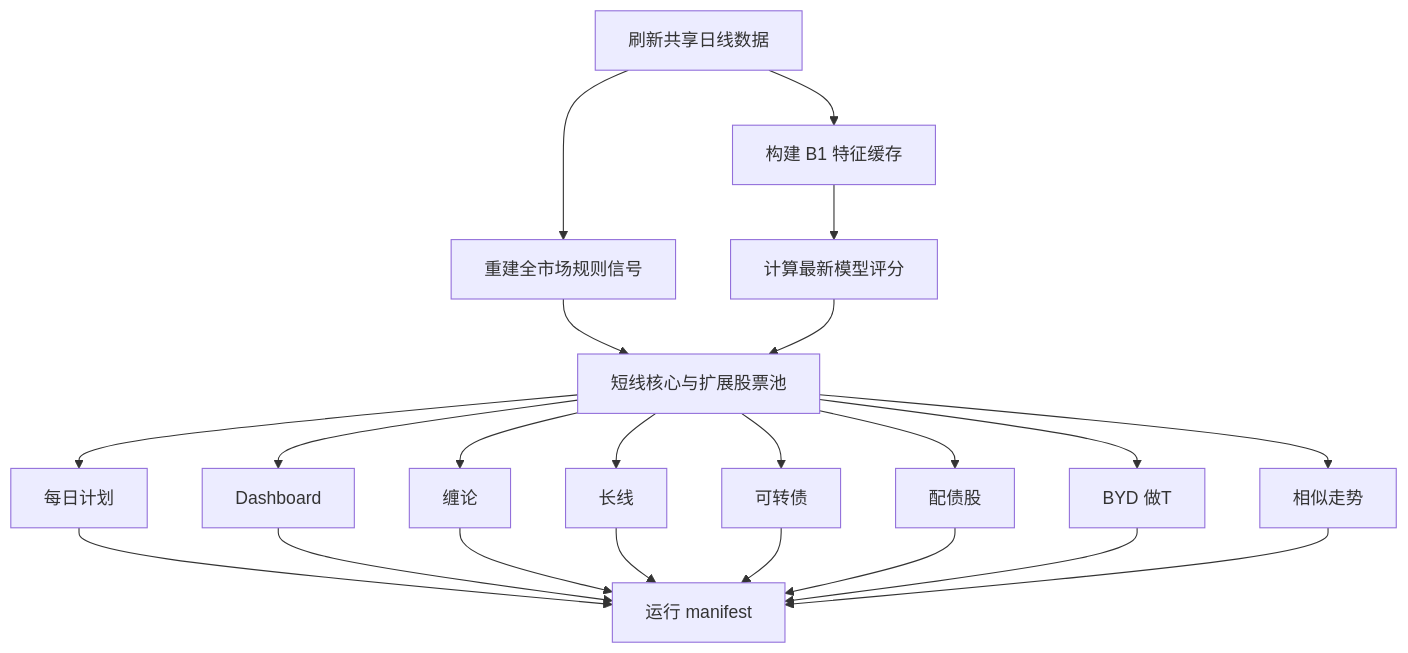
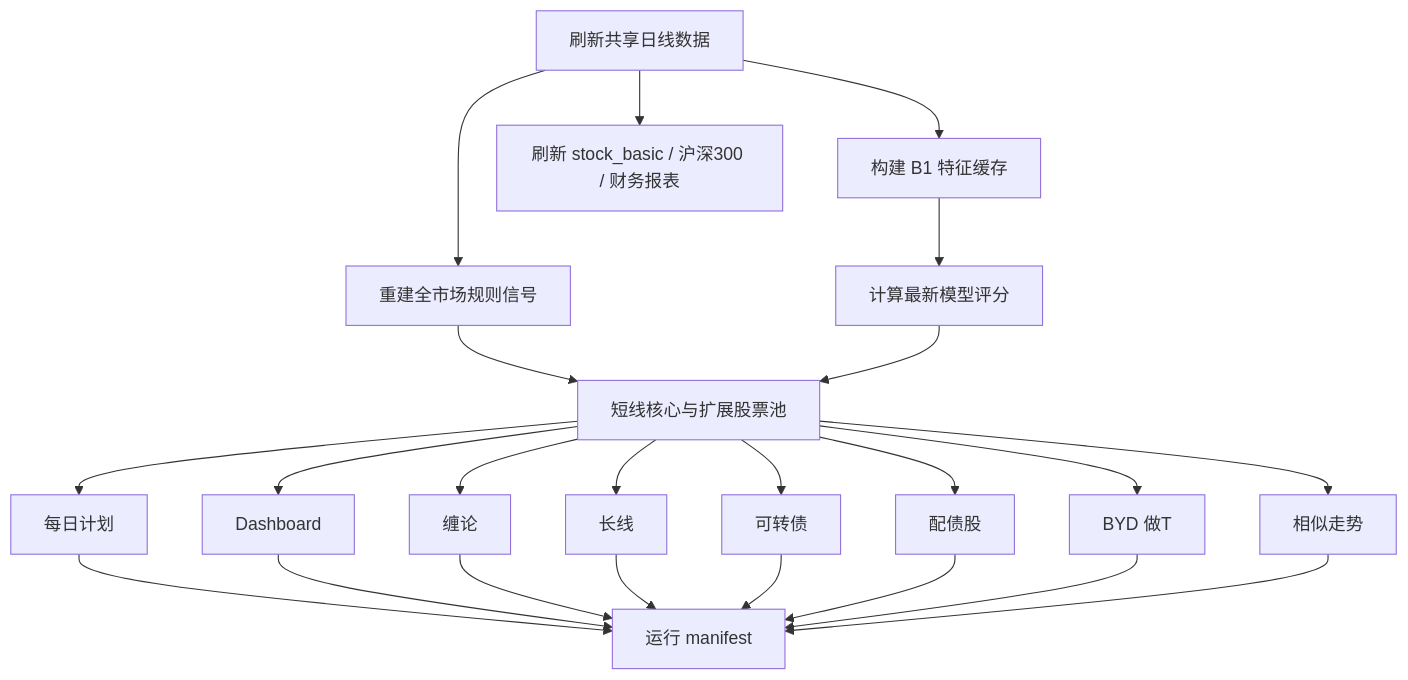
One commit to pDeathlok/quant changed the second of 2 diagrams in docs/architecture.md. Above: the diagram before and after it, drawn with Mermaid. The commit also changed other lines of this file and 46 other files, not shown here.

````diff
--- a/docs/architecture.md
+++ b/docs/architecture.md
@@ -38,24 +38,25 @@
 ```mermaid
 flowchart TD
     A[刷新共享日线数据] --> B1[构建 B1 特征缓存]
+    A --> R[刷新 stock_basic / 沪深300 / 财务报表]
     A --> B2[重建全市场规则信号]
     B1 --> C[计算最新模型评分]
     B2 --> D[短线核心与扩展股票池]
     C --> D
     D --> E1[每日计划]
     D --> E2[Dashboard]
     D --> W1[缠论]
     D --> W2[长线]
     D --> W3[可转债]
     D --> W4[配债股]
     D --> W5[BYD 做T]
     D --> W6[相似走势]
     E1 --> M[运行 manifest]
     E2 --> M
     W1 --> M
     W2 --> M
     W3 --> M
     W4 --> M
     W5 --> M
     W6 --> M
 ```
````
